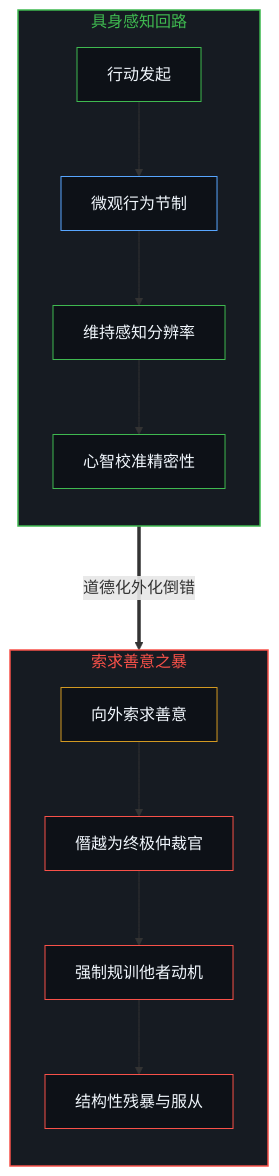
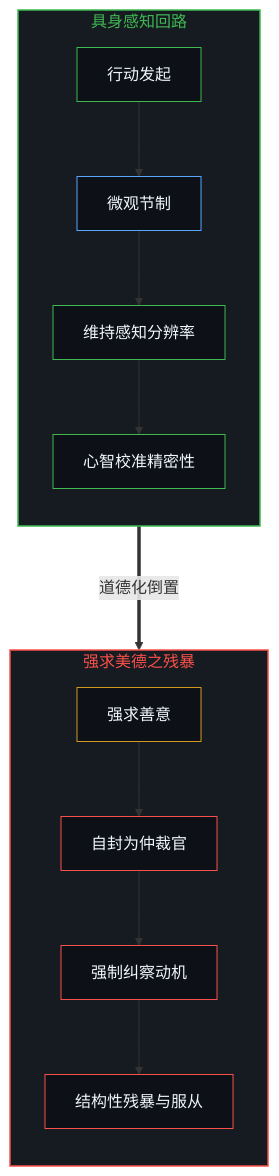
Before and after one commit to powerpig99/not-a-toe: the first of 6 diagrams in content/posts/compulsory-kindness-and-the-obscuration-of-categorical-feedback.md, drawn with Mermaid. The commit also changed other lines of this file and 7 other files, not shown here.

````diff
--- a/content/posts/compulsory-kindness-and-the-obscuration-of-categorical-feedback.md
+++ b/content/posts/compulsory-kindness-and-the-obscuration-of-categorical-feedback.md
@@ -17,29 +17,26 @@
 ```mermaid
 flowchart TD
     subgraph S_Direct["具身感知回路"]
         direction TB
-        A["行动发起"] --> B["微观行为节制"]
+        A["行动发起"] --> B["微观节制"]
         B --> C["维持感知分辨率"]
         C --> D["心智校准精密性"]
     end
-
-    subgraph S_Inversion["索求善意之暴"]
+    subgraph S_Inversion["强求美德之残暴"]
         direction TB
-        E["向外索求善意"] --> F["僭越为终极仲裁官"]
-        F --> G["强制规训他者动机"]
+        E["强求善意"] --> F["自封为仲裁官"]
+        F --> G["强制纠察动机"]
         G --> H["结构性残暴与服从"]
     end
-
-    D ===>|"道德化外化倒错"| E
-
+    D ===>|"道德化倒置"| E
     style S_Direct fill:#161b22,stroke:#3fb950,stroke-width:1.5px,color:#3fb950
     style S_Inversion fill:#161b22,stroke:#f85149,stroke-width:1.5px,color:#f85149
     style A fill:#0d1117,stroke:#3fb950,stroke-width:1px,color:#f0f6fc
     style B fill:#0d1117,stroke:#58a6ff,stroke-width:1px,color:#f0f6fc
     style C fill:#0d1117,stroke:#3fb950,stroke-width:1px,color:#f0f6fc
     style D fill:#0d1117,stroke:#3fb950,stroke-width:1px,color:#f0f6fc
     style E fill:#0d1117,stroke:#d29922,stroke-width:1px,color:#f0f6fc
     style F fill:#0d1117,stroke:#f85149,stroke-width:1px,color:#f0f6fc
     style G fill:#0d1117,stroke:#f85149,stroke-width:1px,color:#f0f6fc
     style H fill:#0d1117,stroke:#f85149,stroke-width:1px,color:#f0f6fc
 ```
````
